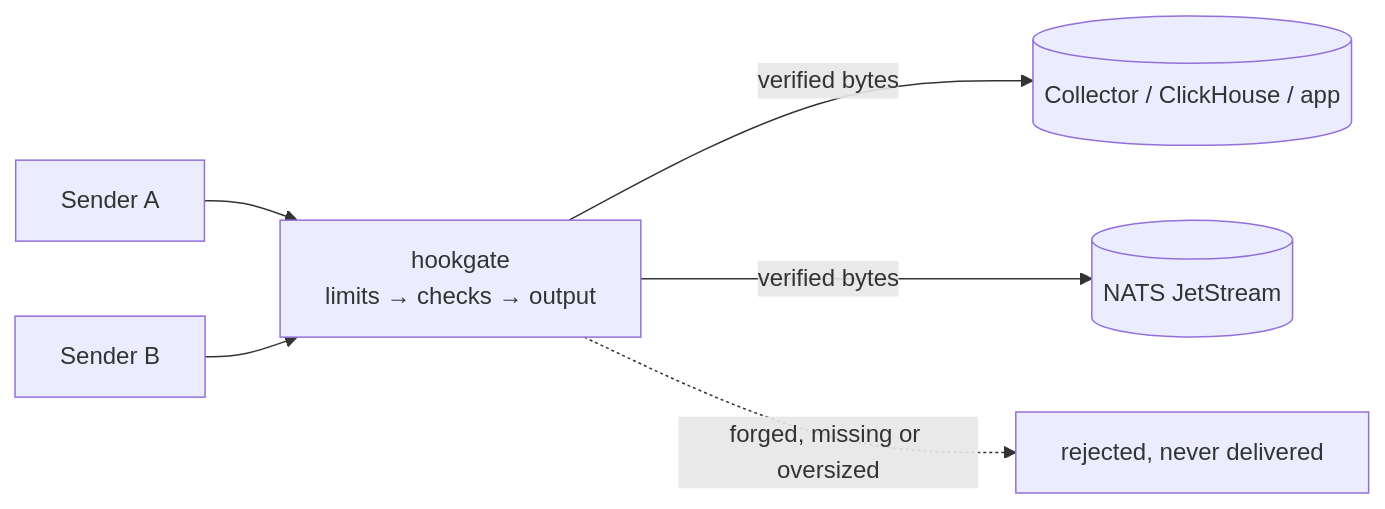
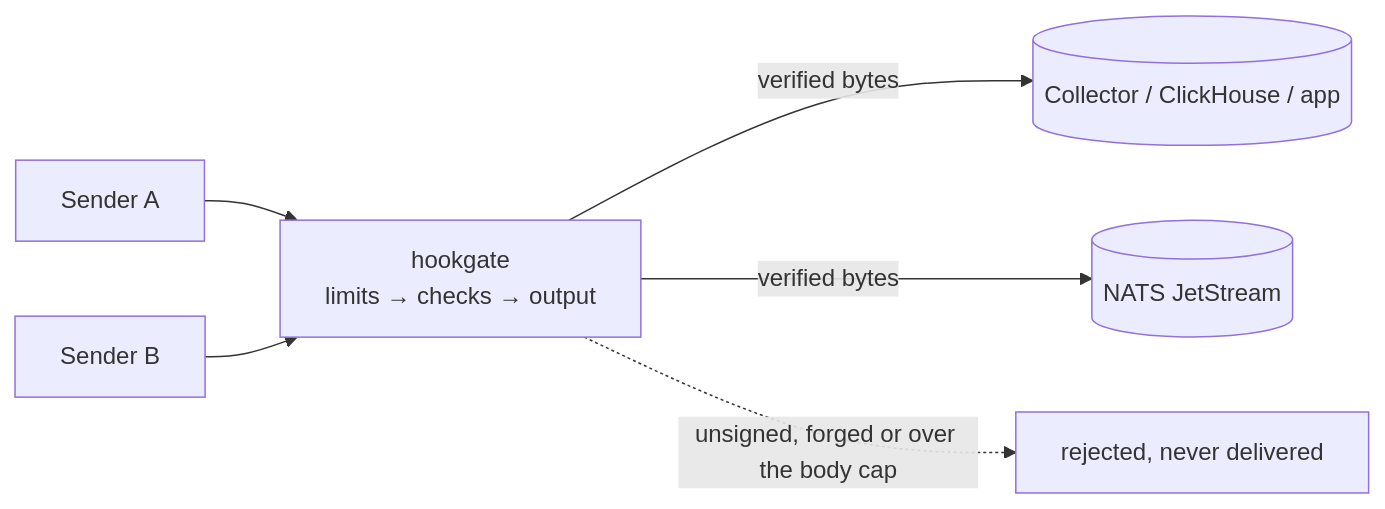
Before and after one commit to mrrobertkent/hookgate: the diagram in README.md, drawn with Mermaid. The commit also changed other lines of this file, not shown here.

Commit message:
README: name the body cap in the request flow

````diff
--- a/README.md
+++ b/README.md
@@ -37,8 +37,8 @@
 ```mermaid
 flowchart LR
     A[Sender A] --> G
     B[Sender B] --> G
     G[hookgate<br/>limits → checks → output] -->|verified bytes| U[(Collector / ClickHouse / app)]
     G -->|verified bytes| J[(NATS JetStream)]
-    G -.->|forged, missing or oversized| X[rejected, never delivered]
+    G -.->|unsigned, forged or over the body cap| X[rejected, never delivered]
 ```
````
